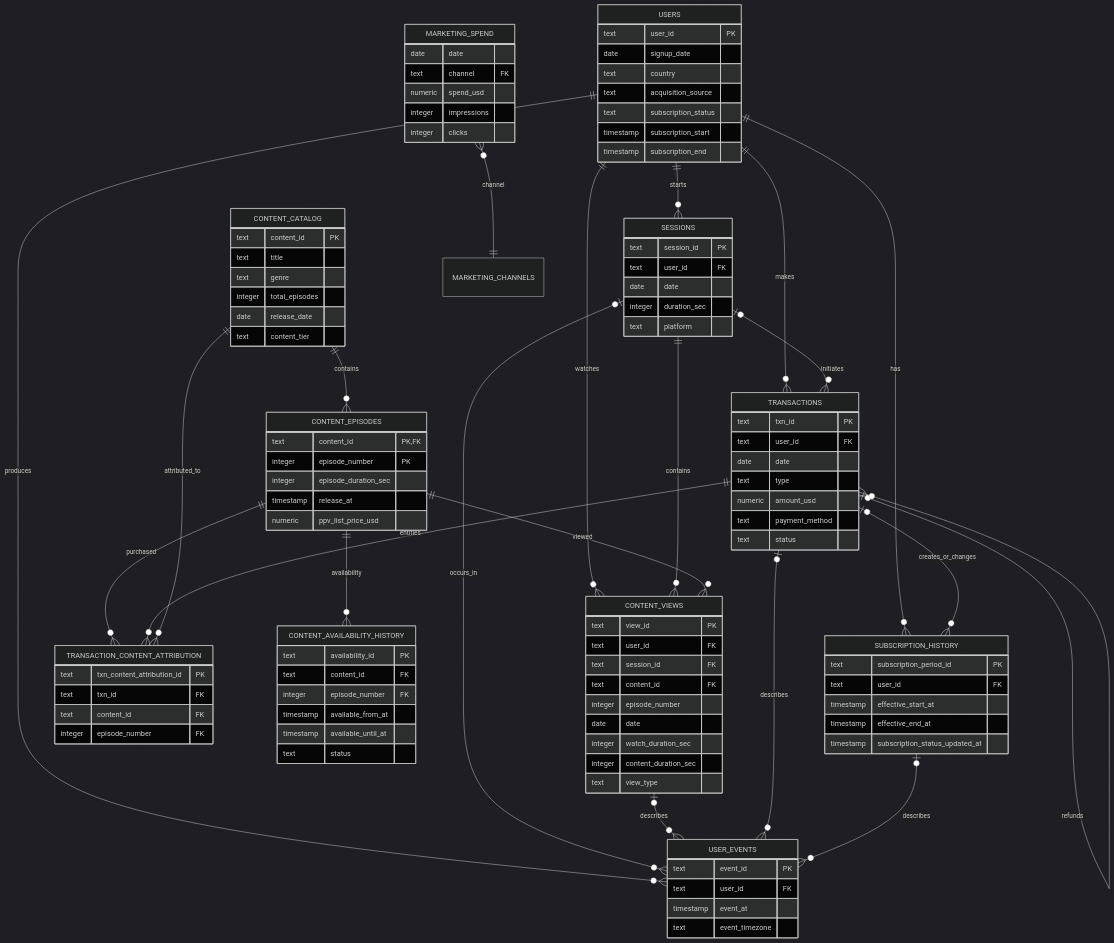
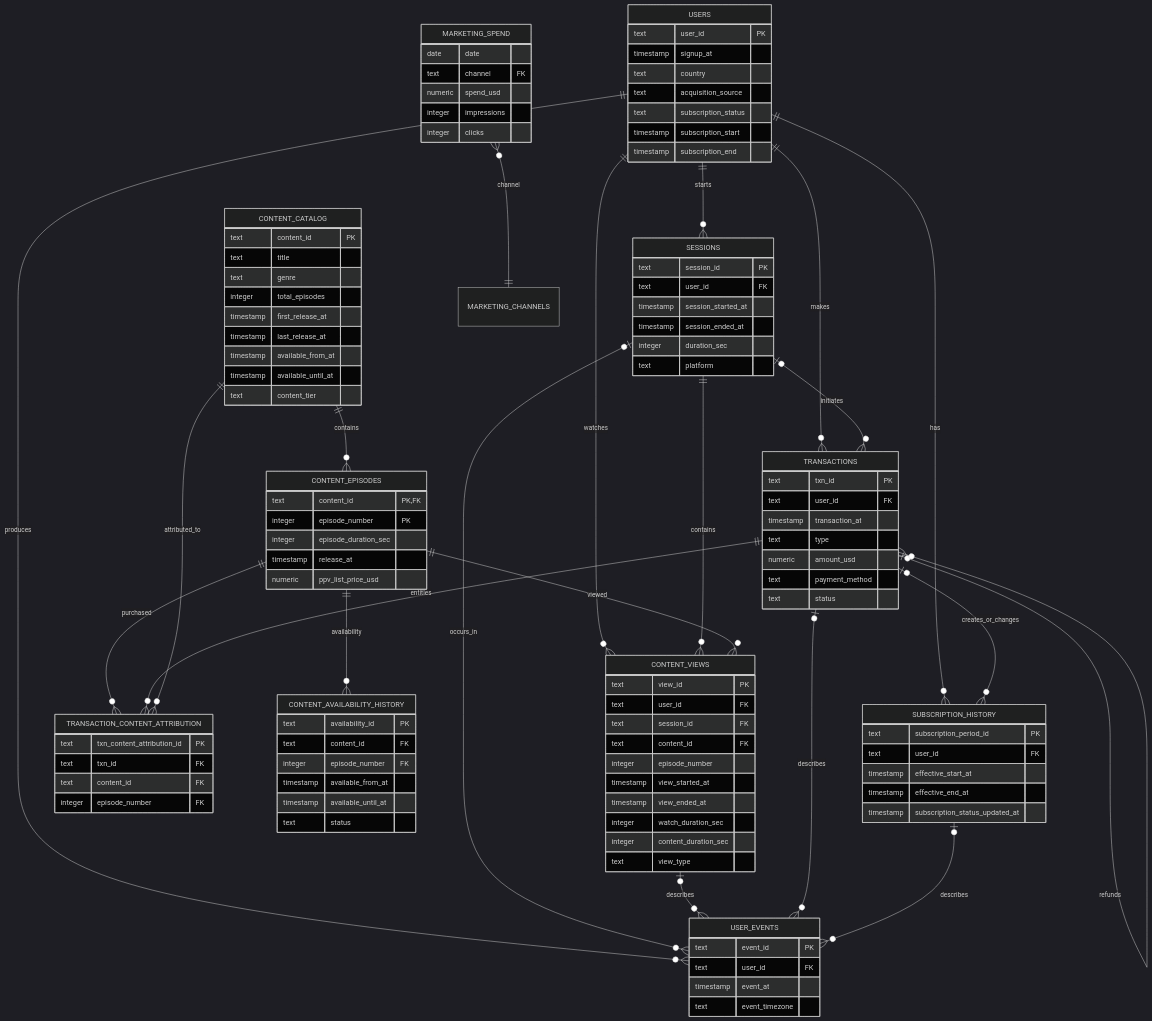
The diagram in docs/examples/pockettoons-reference-data-model-v1.md (SoumabrataSarkar/product-analytics-agent), drawn with Mermaid (dark theme) before and after one commit. The commit also changed other lines of this file, not shown here.

Commit message:
docs: show authoritative UTC timestamps in ERD

```diff
--- a/docs/examples/pockettoons-reference-data-model-v1.md
+++ b/docs/examples/pockettoons-reference-data-model-v1.md
@@ -41,7 +43,7 @@
 
     USERS {
       text user_id PK
-      date signup_date
+      timestamp signup_at
       text country
       text acquisition_source
       text subscription_status
@@ -51,7 +53,8 @@
     SESSIONS {
       text session_id PK
       text user_id FK
-      date date
+      timestamp session_started_at
+      timestamp session_ended_at
       integer duration_sec
       text platform
     }
@@ -95,7 +98,8 @@
       text session_id FK
       text content_id FK
       integer episode_number
-      date date
+      timestamp view_started_at
+      timestamp view_ended_at
       integer watch_duration_sec
       integer content_duration_sec
       text view_type
@@ -103,7 +107,7 @@
     TRANSACTIONS {
       text txn_id PK
       text user_id FK
-      date date
+      timestamp transaction_at
       text type
       numeric amount_usd
       text payment_method
@@ -114,7 +118,10 @@
       text title
       text genre
       integer total_episodes
-      date release_date
+      timestamp first_release_at
+      timestamp last_release_at
+      timestamp available_from_at
+      timestamp available_until_at
       text content_tier
     }
     MARKETING_SPEND {
```
